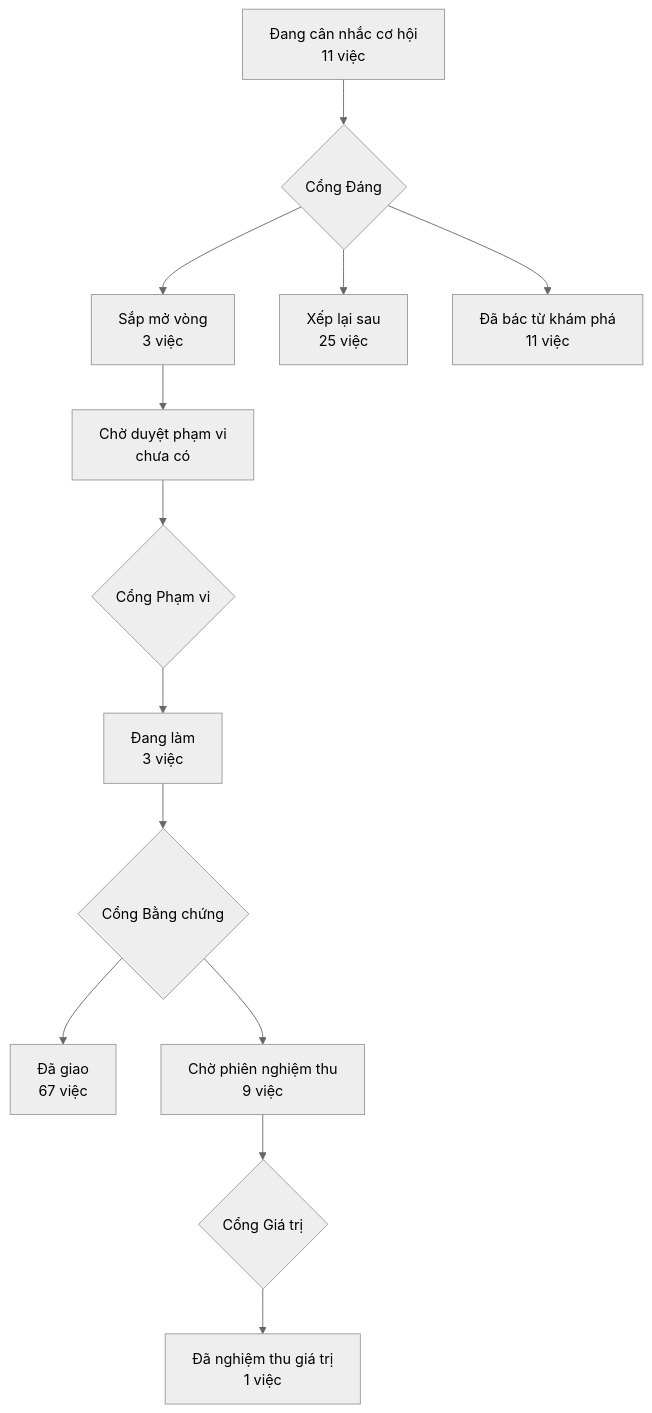
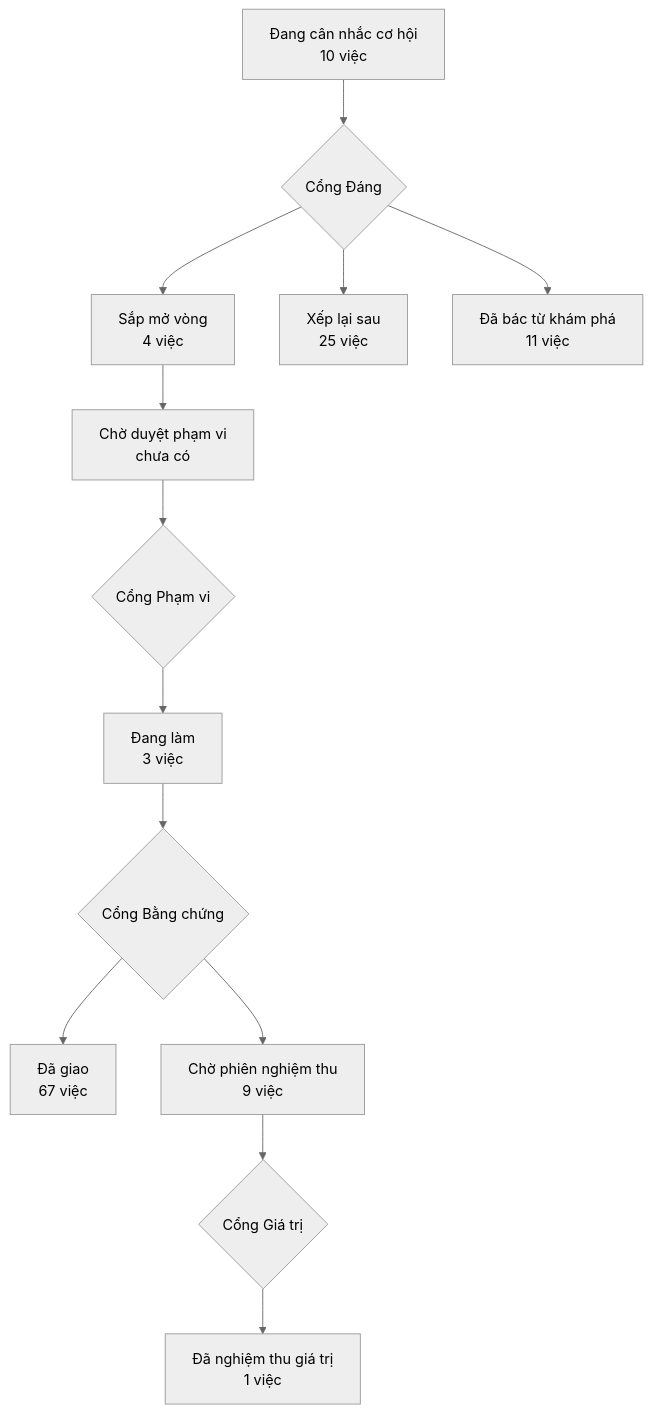
The diagram in PRODUCT-MAP.md (phanlemanh/acceptance-gate-kit), drawn with Mermaid (neutral theme) before and after one commit.

Commit message:
chore(product-map): vẽ lại bản đồ sau Cổng Đáng nhan-trang-thai-va-reality

````diff
--- a/PRODUCT-MAP.md
+++ b/PRODUCT-MAP.md
@@ -6,12 +6,12 @@
 ```mermaid
 flowchart TD
-  A["Đang cân nhắc cơ hội<br/>11 việc"] --> GD{"Cổng Đáng"}
-  GD --> B["Sắp mở vòng<br/>3 việc"]
+  A["Đang cân nhắc cơ hội<br/>10 việc"] --> GD{"Cổng Đáng"}
+  GD --> B["Sắp mở vòng<br/>4 việc"]
   GD --> XL["Xếp lại sau<br/>25 việc"]
   GD --> DB["Đã bác từ khám phá<br/>11 việc"]
   B --> CD["Chờ duyệt phạm vi<br/>chưa có"] --> GP{"Cổng Phạm vi"}
   GP --> DL["Đang làm<br/>3 việc"] --> GB{"Cổng Bằng chứng"}
   GB --> DG["Đã giao<br/>67 việc"]
   GB --> CN["Chờ phiên nghiệm thu<br/>9 việc"] --> GG{"Cổng Giá trị"}
   GG --> NT["Đã nghiệm thu giá trị<br/>1 việc"]
 ```
````
